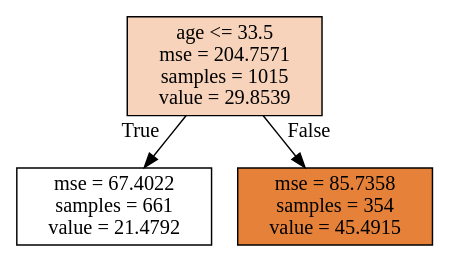
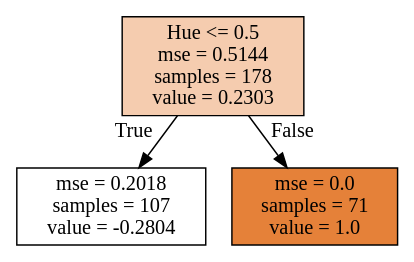
Before and after one commit to abbyschantz/cs35: the diagram in hw5/tree1.dot, drawn with Graphviz. The commit also changed 6 other files, not shown here.

```diff
--- a/hw5/tree1.dot
+++ b/hw5/tree1.dot
@@ -1,11 +1,11 @@
 digraph Tree {
 node [shape=box, style="filled", color="black"] ;
 graph [ranksep=equally, splines=polyline] ;
-0 [label="age <= 33.5\nmse = 204.7571\nsamples = 1015\nvalue = 29.8539", fillcolor="#e5813959"] ;
-1 [label="mse = 67.4022\nsamples = 661\nvalue = 21.4792", fillcolor="#e5813900"] ;
+0 [label="Hue <= 0.5\nmse = 0.5144\nsamples = 178\nvalue = 0.2303", fillcolor="#e5813966"] ;
+1 [label="mse = 0.2018\nsamples = 107\nvalue = -0.2804", fillcolor="#e5813900"] ;
 0 -> 1 [labeldistance=2.5, labelangle=45, headlabel="True"] ;
-2 [label="mse = 85.7358\nsamples = 354\nvalue = 45.4915", fillcolor="#e58139ff"] ;
+2 [label="mse = 0.0\nsamples = 71\nvalue = 1.0", fillcolor="#e58139ff"] ;
 0 -> 2 [labeldistance=2.5, labelangle=-45, headlabel="False"] ;
 {rank=same ; 0} ;
 {rank=same ; 1; 2} ;
 }
```
